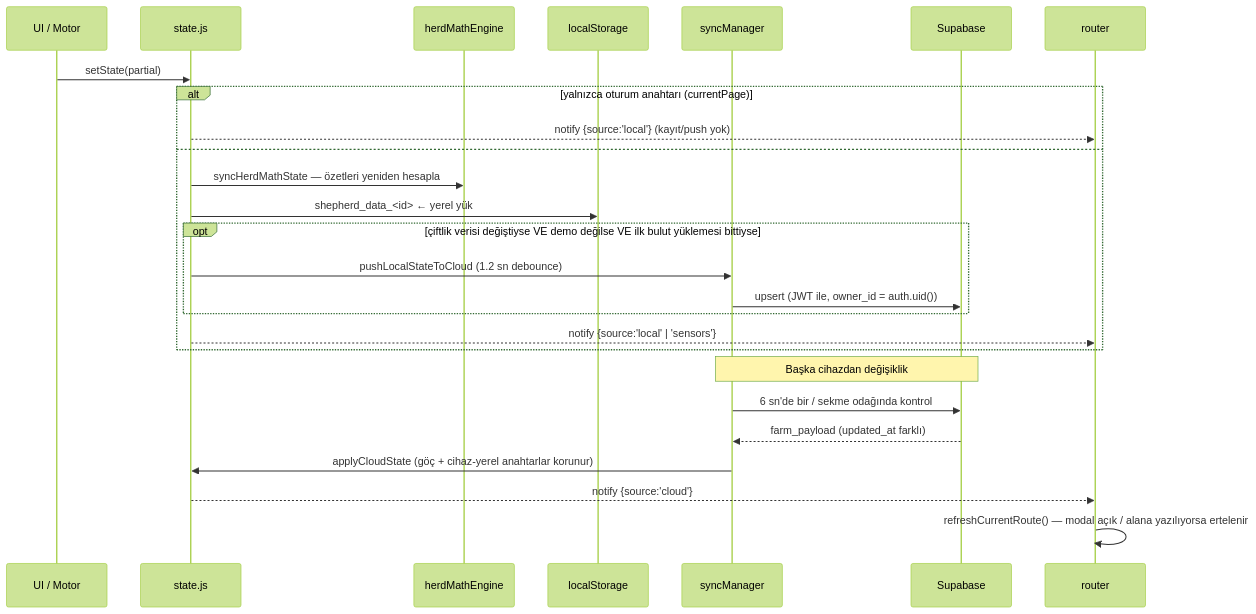
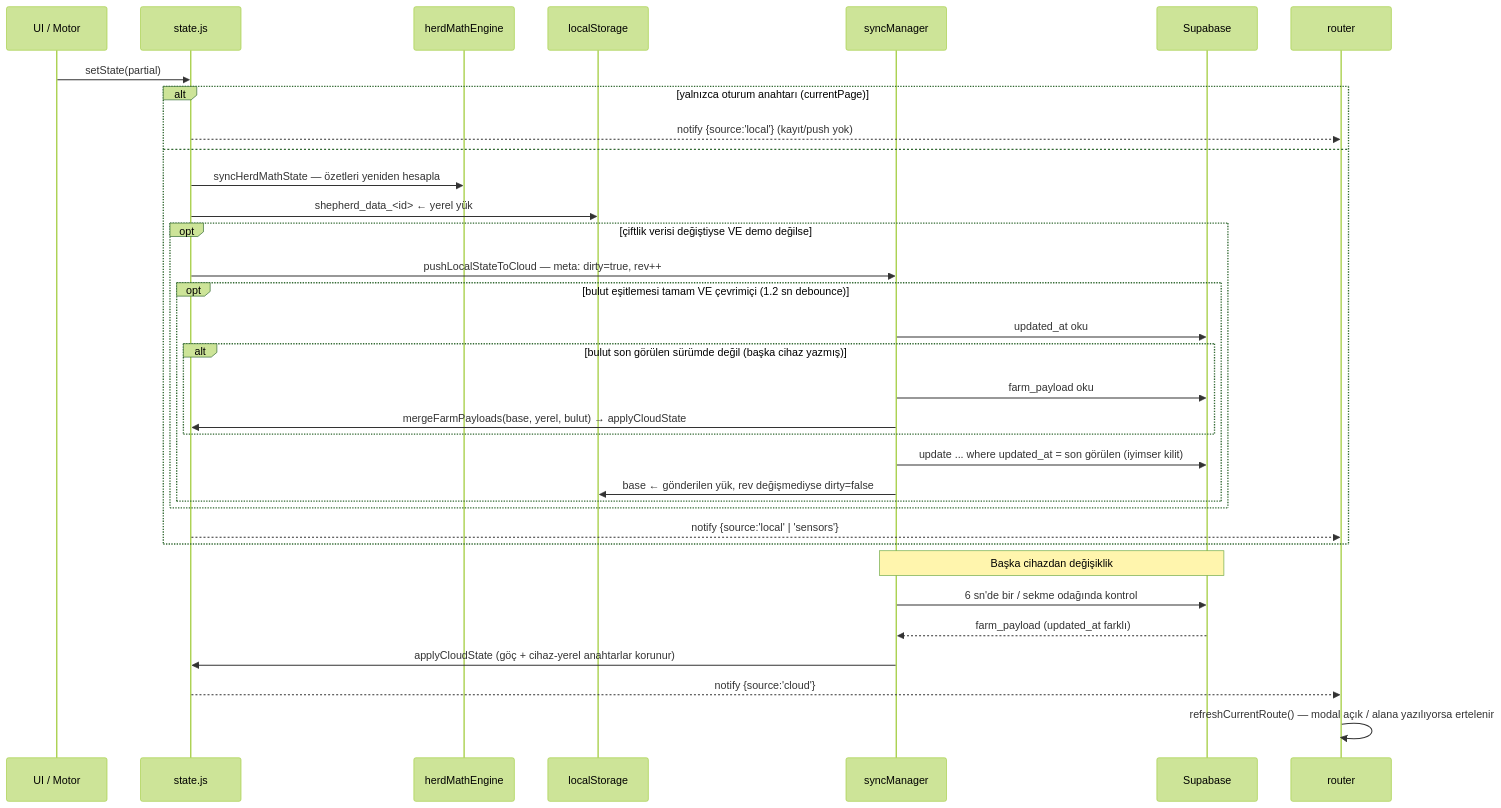
Before and after one commit to feridun35/Kucukbas-Takip: the fifth of 5 diagrams in ARCHITECTURE.md, drawn with Mermaid (forest theme). The commit also changed other lines of this file and 29 other files, not shown here.

````diff
--- a/ARCHITECTURE.md
+++ b/ARCHITECTURE.md
@@ -255,30 +271,38 @@
 ```mermaid
 sequenceDiagram
   participant UI as UI / Motor
   participant S as state.js
   participant H as herdMathEngine
   participant L as localStorage
   participant Y as syncManager
   participant C as Supabase
   participant R as router
 
   UI->>S: setState(partial)
   alt yalnızca oturum anahtarı (currentPage)
     S-->>R: notify {source:'local'} (kayıt/push yok)
   else
     S->>H: syncHerdMathState — özetleri yeniden hesapla
     S->>L: shepherd_data_<id> ← yerel yük
-    opt çiftlik verisi değiştiyse VE demo değilse VE ilk bulut yüklemesi bittiyse
-      S->>Y: pushLocalStateToCloud (1.2 sn debounce)
-      Y->>C: upsert (JWT ile, owner_id = auth.uid())
+    opt çiftlik verisi değiştiyse VE demo değilse
+      S->>Y: pushLocalStateToCloud — meta: dirty=true, rev++
+      opt bulut eşitlemesi tamam VE çevrimiçi (1.2 sn debounce)
+        Y->>C: updated_at oku
+        alt bulut son görülen sürümde değil (başka cihaz yazmış)
+          Y->>C: farm_payload oku
+          Y->>S: mergeFarmPayloads(base, yerel, bulut) → applyCloudState
+        end
+        Y->>C: update ... where updated_at = son görülen (iyimser kilit)
+        Y->>L: base ← gönderilen yük, rev değişmediyse dirty=false
+      end
     end
     S-->>R: notify {source:'local' | 'sensors'}
   end
 
   Note over Y,C: Başka cihazdan değişiklik
   Y->>C: 6 sn'de bir / sekme odağında kontrol
   C-->>Y: farm_payload (updated_at farklı)
   Y->>S: applyCloudState (göç + cihaz-yerel anahtarlar korunur)
   S-->>R: notify {source:'cloud'}
   R->>R: refreshCurrentRoute() — modal açık / alana yazılıyorsa ertelenir
 ```
````
